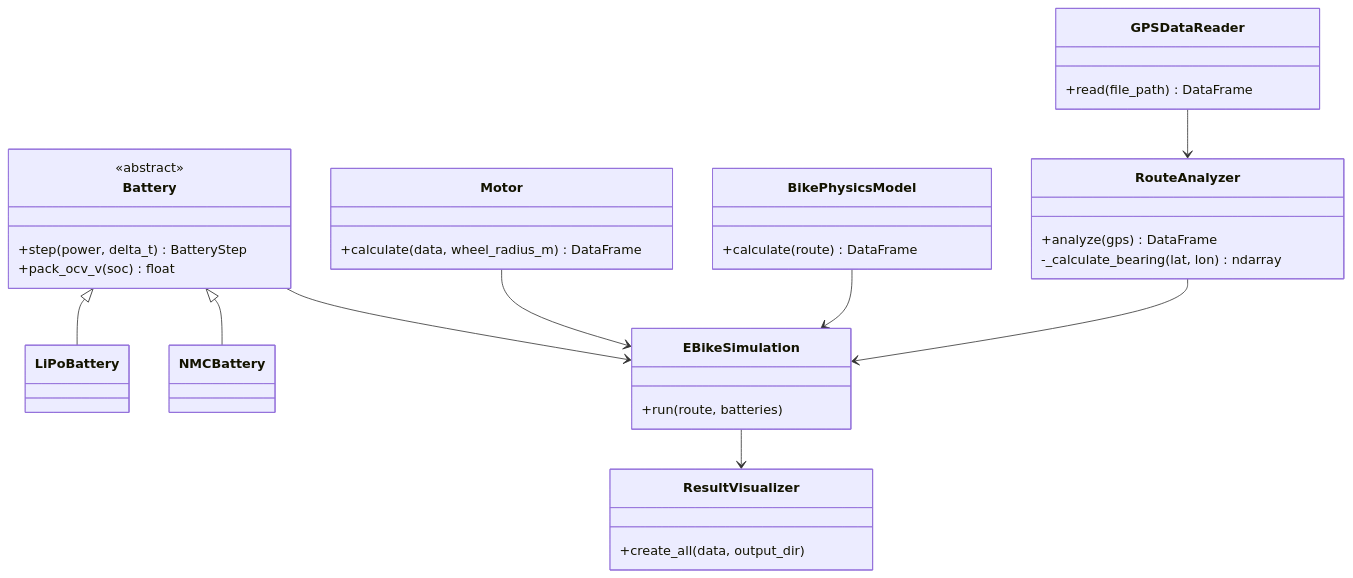
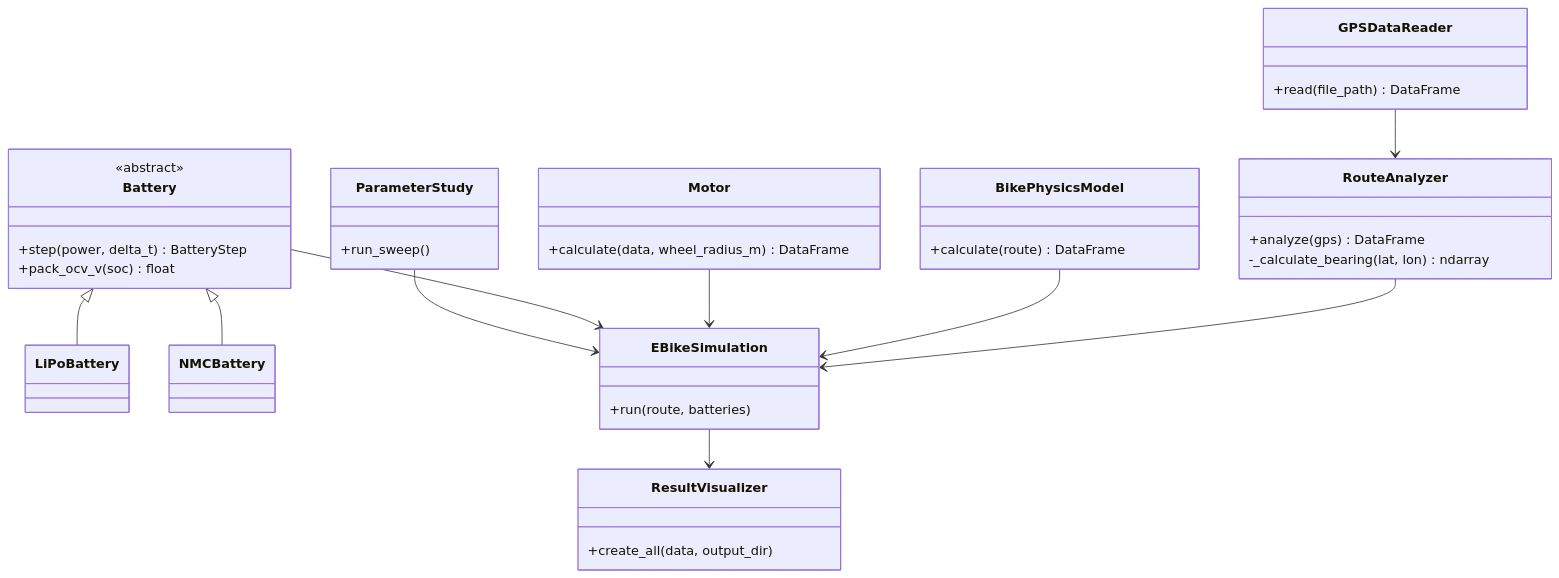
The first of 2 diagrams in ebike_simulation_project/README.md (Odusto1011/ebike-simulation), drawn with Mermaid before and after one commit. The commit also changed other lines of this file, not shown here.

````diff
--- a/ebike_simulation_project/README.md
+++ b/ebike_simulation_project/README.md
@@ -164,38 +165,42 @@
 ```mermaid
 classDiagram
     class GPSDataReader {
         +read(file_path) DataFrame
     }
     class RouteAnalyzer {
         +analyze(gps) DataFrame
         -_calculate_bearing(lat, lon) ndarray
     }
     class BikePhysicsModel {
         +calculate(route) DataFrame
     }
     class Motor {
         +calculate(data, wheel_radius_m) DataFrame
     }
     class Battery {
         <<abstract>>
         +step(power, delta_t) BatteryStep
         +pack_ocv_v(soc) float
     }
     class LiPoBattery
     class NMCBattery
     class EBikeSimulation {
         +run(route, batteries)
     }
     class ResultVisualizer {
         +create_all(data, output_dir)
     }
+    class ParameterStudy {
+        +run_sweep()
+    }
 
     Battery <|-- LiPoBattery
     Battery <|-- NMCBattery
     GPSDataReader --> RouteAnalyzer
     RouteAnalyzer --> EBikeSimulation
     BikePhysicsModel --> EBikeSimulation
     Motor --> EBikeSimulation
     Battery --> EBikeSimulation
     EBikeSimulation --> ResultVisualizer
+    ParameterStudy --> EBikeSimulation
 ```
````
